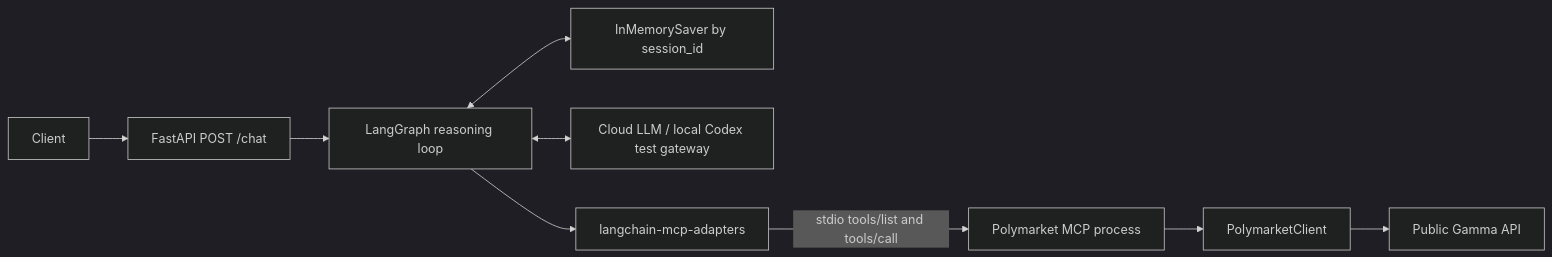
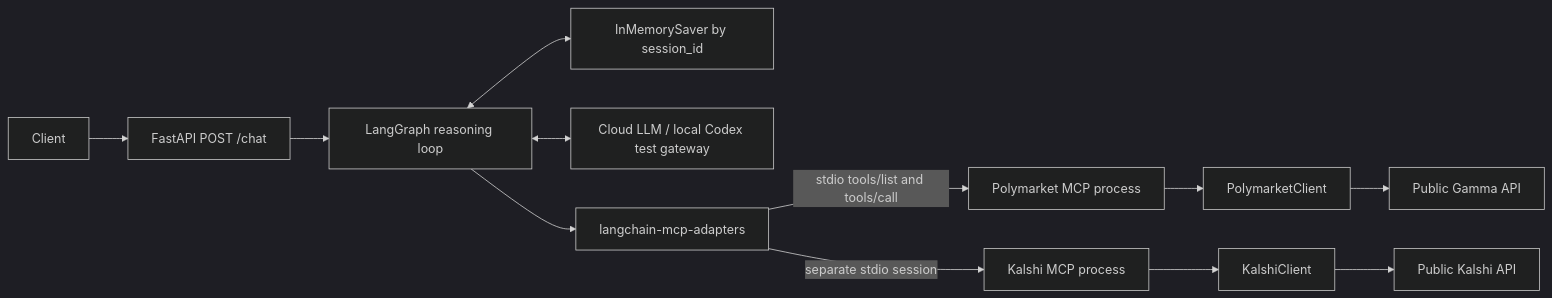
Before and after one commit to waderylan/prediction-market-agent: the first of 3 diagrams in README.md, drawn with Mermaid (dark theme). The commit also changed other lines of this file and 12 other files, not shown here.

First line of the commit message:
Add independent Kalshi MCP and semantic platform selection

````diff
--- a/README.md
+++ b/README.md
@@ -199,11 +219,14 @@
 ```mermaid
 flowchart LR
     U[Client] --> F[FastAPI POST /chat]
     F --> G[LangGraph reasoning loop]
     G <--> M[InMemorySaver by session_id]
     G <--> L[Cloud LLM / local Codex test gateway]
     G --> A[langchain-mcp-adapters]
     A -->|stdio tools/list and tools/call| P[Polymarket MCP process]
+    A -->|separate stdio session| K[Kalshi MCP process]
     P --> C[PolymarketClient]
     C --> API[Public Gamma API]
+    K --> KC[KalshiClient]
+    KC --> KA[Public Kalshi API]
 ```
````
